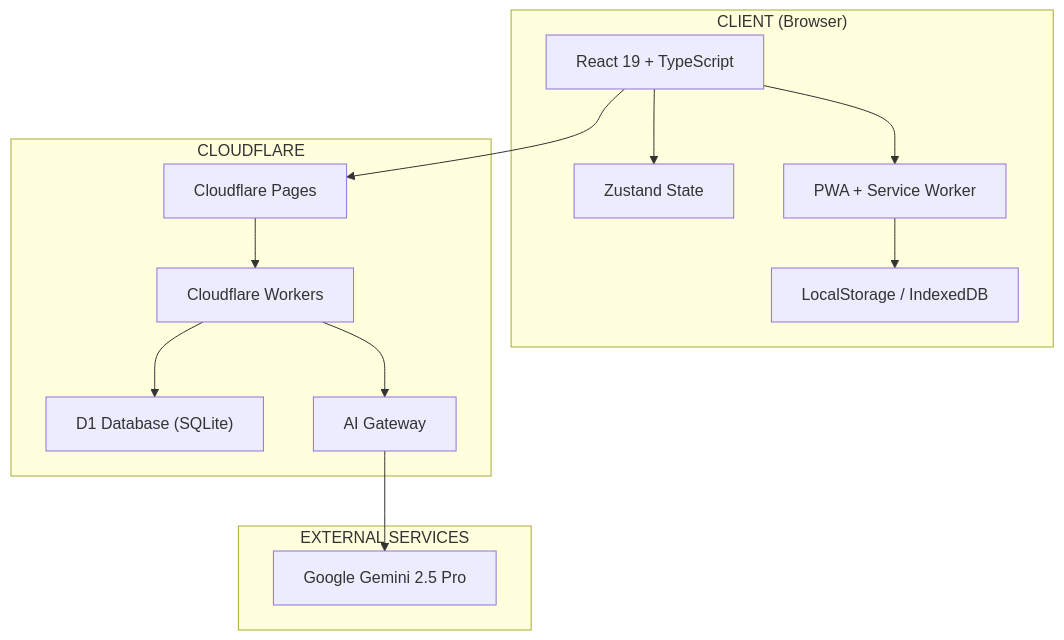
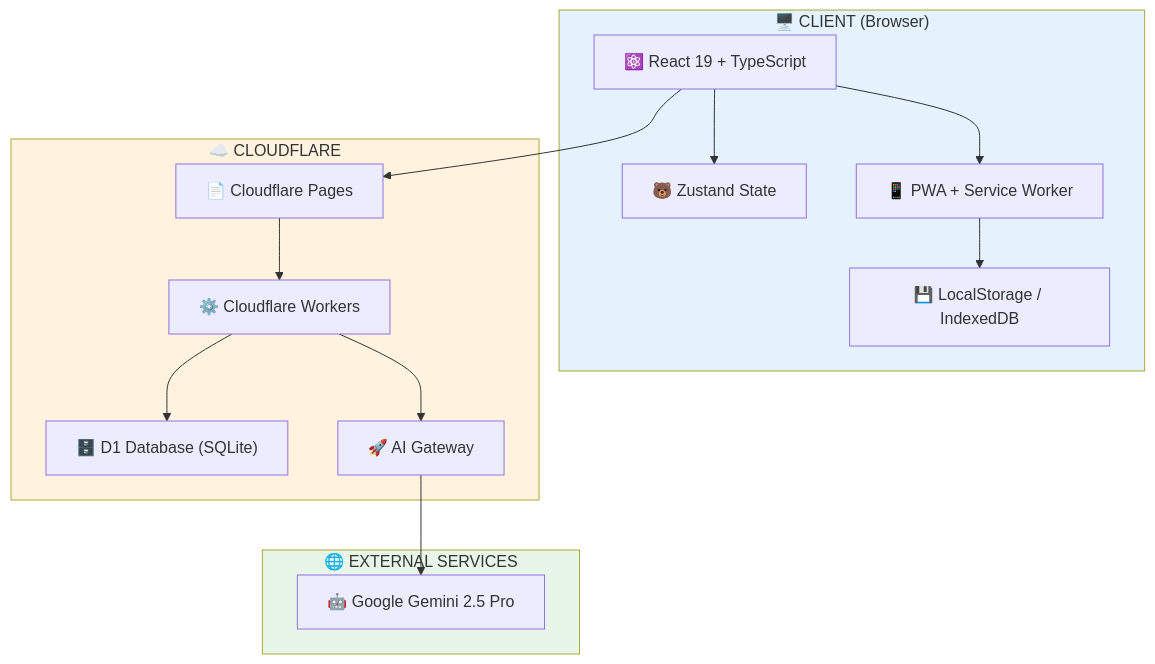
One commit to LongNgn204/totnghiepcongnghecungai1 changed the first of 6 diagrams in README.md. Above: the diagram before and after it, drawn with Mermaid. The commit also changed other lines of this file and 4 other files, not shown here.

````diff
--- a/README.md
+++ b/README.md
@@ -78,29 +116,33 @@
 ```mermaid
 flowchart TB
-    subgraph Client["CLIENT (Browser)"]
-        React["React 19 + TypeScript"]
-        Zustand["Zustand State"]
-        PWA["PWA + Service Worker"]
-        LocalStorage["LocalStorage / IndexedDB"]
+    subgraph Client["🖥️ CLIENT (Browser)"]
+        React["⚛️ React 19 + TypeScript"]
+        Zustand["🐻 Zustand State"]
+        PWA["📱 PWA + Service Worker"]
+        LocalStorage["💾 LocalStorage / IndexedDB"]
     end
 
-    subgraph CDN["CLOUDFLARE"]
-        Pages["Cloudflare Pages"]
-        Workers["Cloudflare Workers"]
-        D1["D1 Database (SQLite)"]
-        AIGateway["AI Gateway"]
+    subgraph CDN["☁️ CLOUDFLARE"]
+        Pages["📄 Cloudflare Pages"]
+        Workers["⚙️ Cloudflare Workers"]
+        D1["🗄️ D1 Database (SQLite)"]
+        AIGateway["🚀 AI Gateway"]
     end
 
-    subgraph External["EXTERNAL SERVICES"]
-        Gemini["Google Gemini 2.5 Pro"]
+    subgraph External["🌐 EXTERNAL SERVICES"]
+        Gemini["🤖 Google Gemini 2.5 Pro"]
     end
 
     React --> Zustand
     React --> PWA
     PWA --> LocalStorage
     React --> Pages
     Pages --> Workers
     Workers --> D1
     Workers --> AIGateway
     AIGateway --> Gemini
+
+    style Client fill:#e3f2fd
+    style CDN fill:#fff3e0
+    style External fill:#e8f5e9
 ```
````
